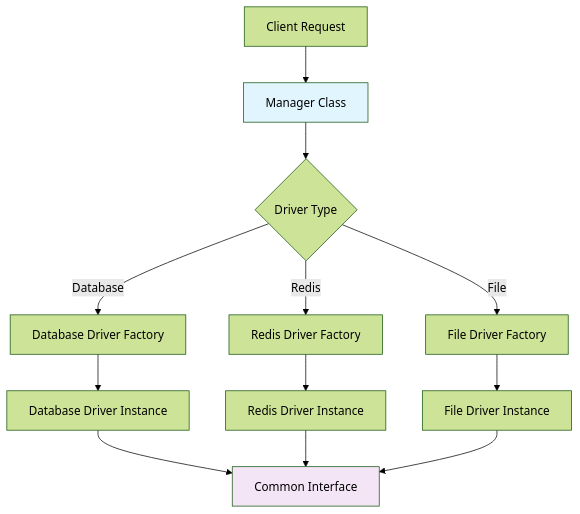
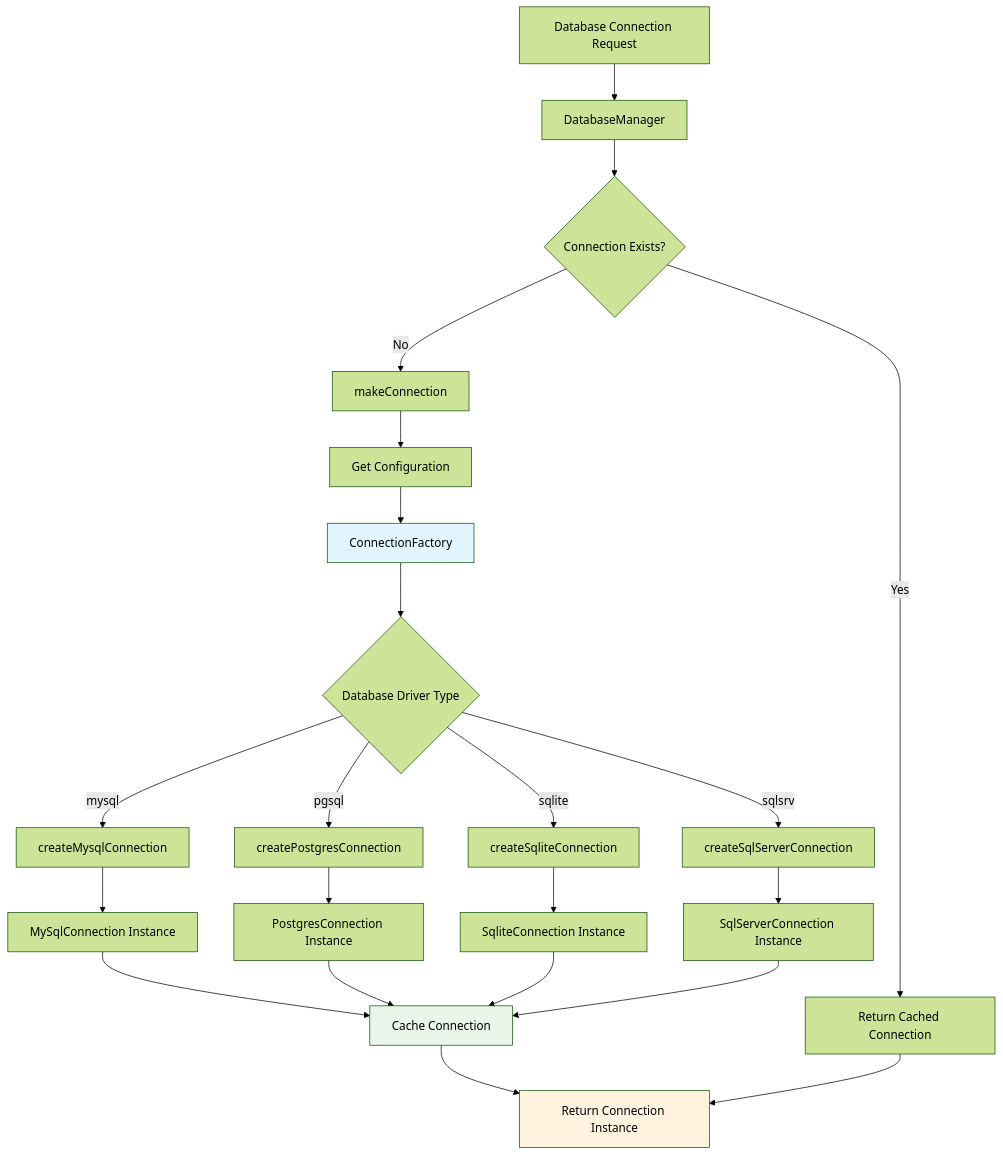
One commit to fanly/DesignPattern changed the fourth of 5 diagrams in resources/design-patterns/laravel/creational/factory_method_en.md. Above: the diagram before and after it, drawn with Mermaid (forest theme). The commit also changed other lines of this file and 11 other files, not shown here.

````diff
--- a/resources/design-patterns/laravel/creational/factory_method_en.md
+++ b/resources/design-patterns/laravel/creational/factory_method_en.md
@@ -43,19 +426,30 @@
 ```mermaid
-graph TB
-    A[Client Request] --> B[Manager Class]
-    B --> C{Driver Type}
-    C -->|Database| D[Database Driver Factory]
-    C -->|Redis| E[Redis Driver Factory]
-    C -->|File| F[File Driver Factory]
+flowchart TD
+    A[Database Connection Request] --> B[DatabaseManager]
+    B --> C{Connection Exists?}
+    C -->|Yes| D[Return Cached Connection]
+    C -->|No| E[makeConnection]
+    E --> F[Get Configuration]
+    F --> G[ConnectionFactory]
+    G --> H{Database Driver Type}
+    H -->|mysql| I[createMysqlConnection]
+    H -->|pgsql| J[createPostgresConnection]
+    H -->|sqlite| K[createSqliteConnection]
+    H -->|sqlsrv| L[createSqlServerConnection]
     
-    D --> G[Database Driver Instance]
-    E --> H[Redis Driver Instance]
-    F --> I[File Driver Instance]
+    I --> M[MySqlConnection Instance]
+    J --> N[PostgresConnection Instance]
+    K --> O[SqliteConnection Instance]
+    L --> P[SqlServerConnection Instance]
     
-    G --> J[Common Interface]
-    H --> J
-    I --> J
+    M --> Q[Cache Connection]
+    N --> Q
+    O --> Q
+    P --> Q
+    Q --> R[Return Connection Instance]
+    D --> R
     
-    style B fill:#e1f5fe
-    style J fill:#f3e5f5
+    style G fill:#e1f5fe
+    style Q fill:#e8f5e8
+    style R fill:#fff3e0
 ```
````
